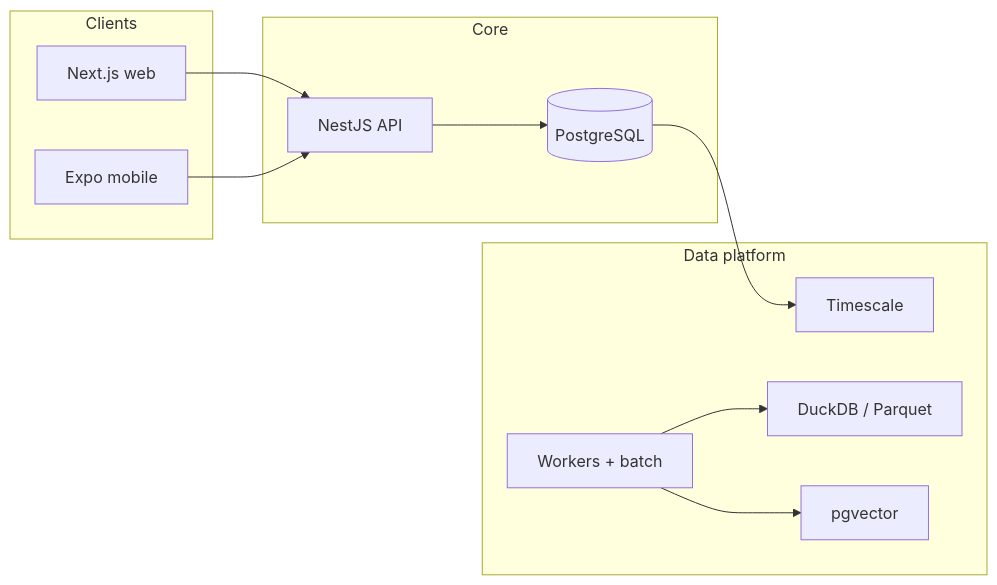
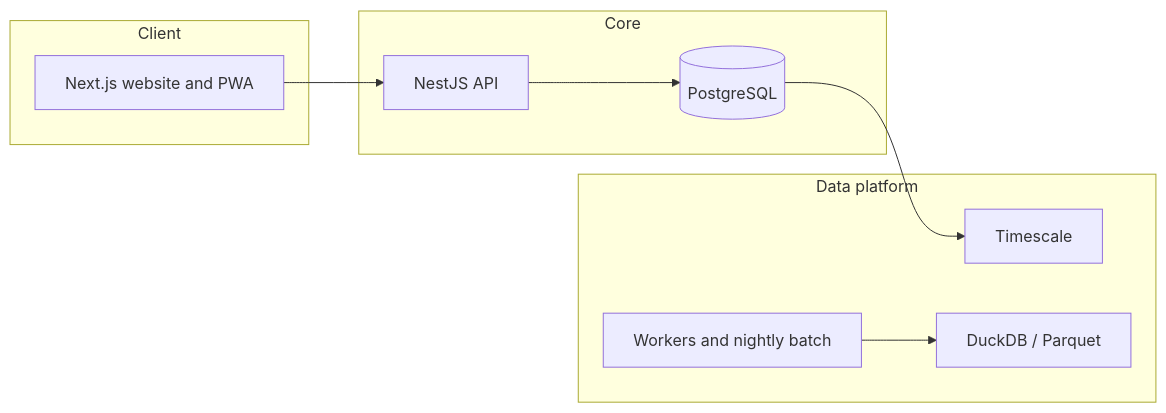
The diagram in README.md (Lennaertds/Caddie_Public), drawn with Mermaid before and after one commit. The commit also changed other lines of this file, not shown here.

````diff
--- a/README.md
+++ b/README.md
@@ -20,23 +22,19 @@
 ```mermaid
 flowchart LR
-  subgraph clients [Clients]
-    Web[Next.js web]
-    Mobile[Expo mobile]
+  subgraph clients [Client]
+    Web[Next.js website and PWA]
   end
   subgraph core [Core]
     API[NestJS API]
     PG[(PostgreSQL)]
   end
   subgraph data [Data platform]
     TS[Timescale]
     Duck[DuckDB / Parquet]
-    Vec[pgvector]
-    Jobs[Workers + batch]
+    Jobs[Workers and nightly batch]
   end
   Web --> API
-  Mobile --> API
   API --> PG
   PG --> TS
   Jobs --> Duck
-  Jobs --> Vec
 ```
````
